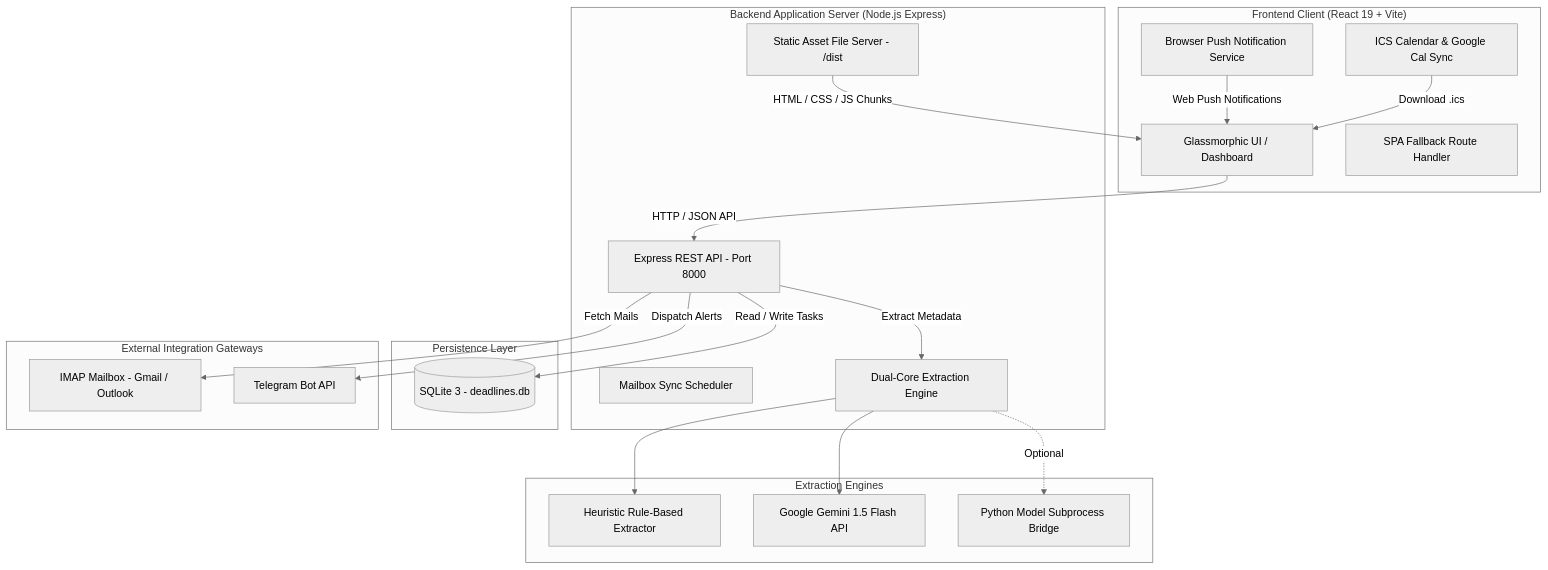
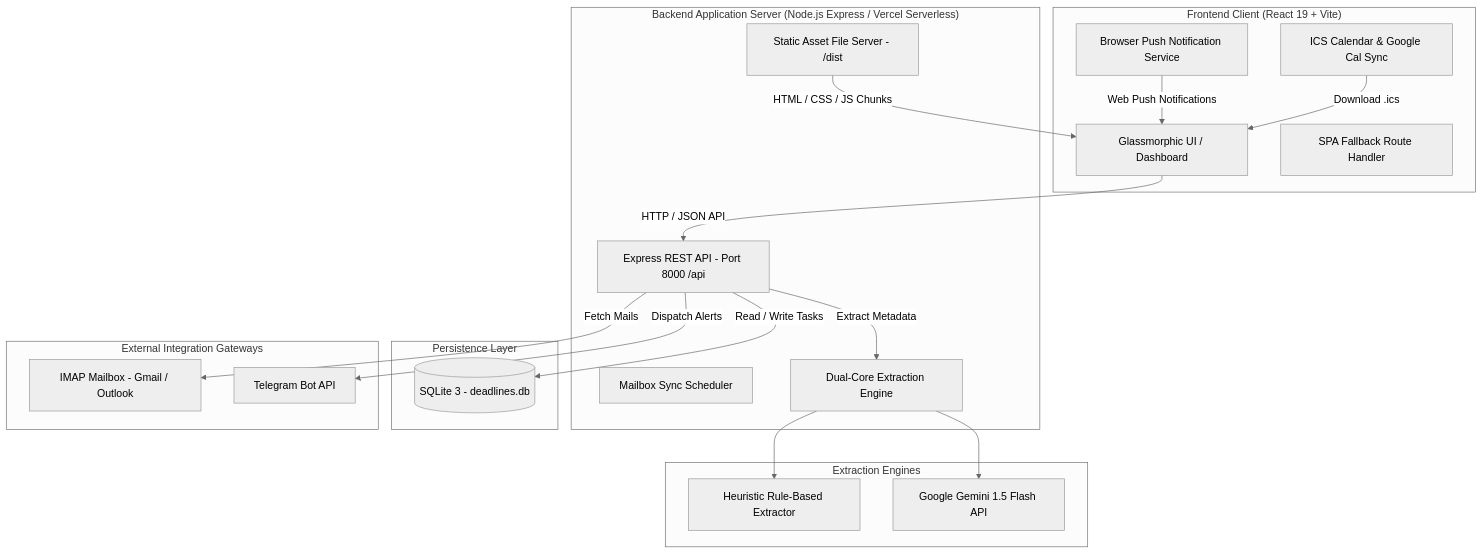
Before and after one commit to Adarsh011732/reminder: the first of 2 diagrams in docs/2_TECHNICAL_ARCHITECTURE.md, drawn with Mermaid (neutral theme). The commit also changed other lines of this file and 27 other files, not shown here.

Commit message:
refactor: streamline codebase into pure Node.js/React stack, remove unneeded cloud/python files, and add thorough architecture comments

````diff
--- a/docs/2_TECHNICAL_ARCHITECTURE.md
+++ b/docs/2_TECHNICAL_ARCHITECTURE.md
@@ -12,45 +12,43 @@
 ```mermaid
 graph TD
     subgraph Client ["Frontend Client (React 19 + Vite)"]
         UI[Glassmorphic UI / Dashboard]
         Router[SPA Fallback Route Handler]
         PushWorker[Browser Push Notification Service]
         CalendarGen[ICS Calendar & Google Cal Sync]
     end
 
-    subgraph Server ["Backend Application Server (Node.js Express)"]
-        API[Express REST API - Port 8000]
+    subgraph Server ["Backend Application Server (Node.js Express / Vercel Serverless)"]
+        API[Express REST API - Port 8000 /api]
         StaticServer[Static Asset File Server - /dist]
         CronScanner[Mailbox Sync Scheduler]
         AIEngine[Dual-Core Extraction Engine]
     end
 
     subgraph Extraction ["Extraction Engines"]
         RuleExtractor[Heuristic Rule-Based Extractor]
         GeminiAPI[Google Gemini 1.5 Flash API]
-        PythonBridge[Python Model Subprocess Bridge]
     end
 
     subgraph Storage ["Persistence Layer"]
         DB[(SQLite 3 - deadlines.db)]
     end
 
     subgraph External ["External Integration Gateways"]
         IMAP[IMAP Mailbox - Gmail / Outlook]
         Telegram[Telegram Bot API]
     end
 
     UI -->|HTTP / JSON API| API
     StaticServer -->|HTML / CSS / JS Chunks| UI
     PushWorker -->|Web Push Notifications| UI
     CalendarGen -->|Download .ics| UI
 
     API -->|Read / Write Tasks| DB
     API -->|Fetch Mails| IMAP
     API -->|Dispatch Alerts| Telegram
     API -->|Extract Metadata| AIEngine
 
     AIEngine --> RuleExtractor
     AIEngine --> GeminiAPI
-    AIEngine -.->|Optional| PythonBridge
 ```
````
